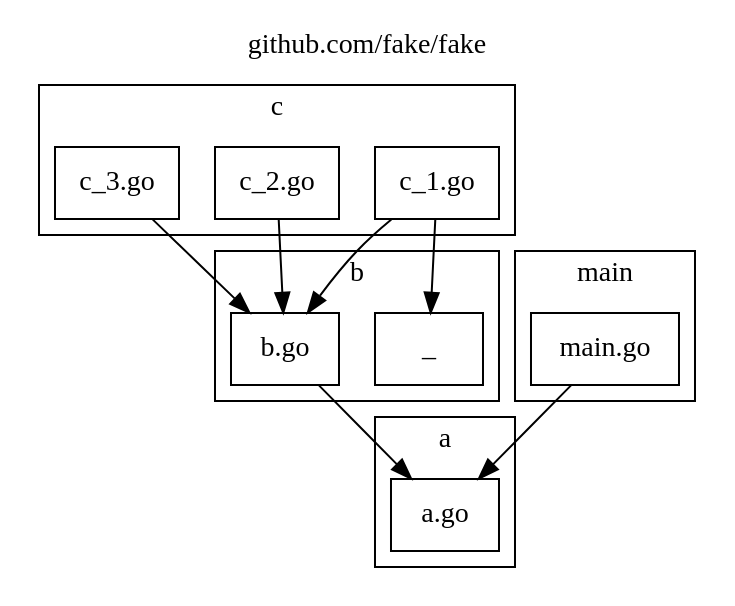
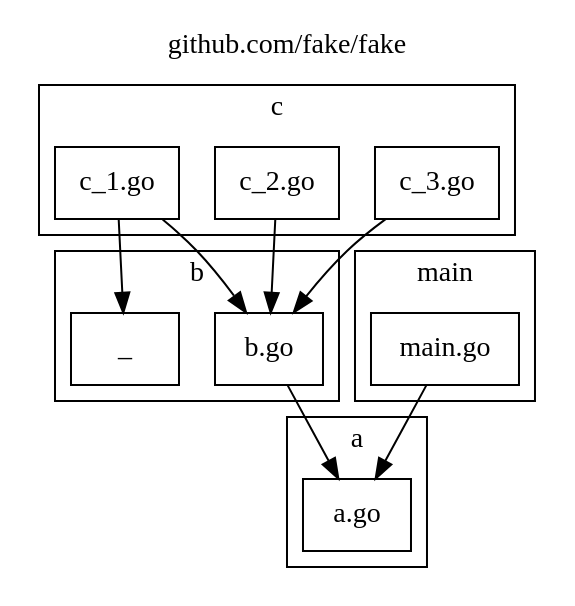
One commit to samlitowitz/godepvis changed the diagram in assets/examples/no-circular-dependencies-with-blank-identifier/file.dot. Above: the diagram before and after it, drawn with Graphviz. The commit also changed 27 other files, not shown here.

```diff
--- a/assets/examples/no-circular-dependencies-with-blank-identifier/file.dot
+++ b/assets/examples/no-circular-dependencies-with-blank-identifier/file.dot
@@ -1,52 +1,52 @@
 digraph {
 	labelloc="t";
 	label="github.com/fake/fake";
 	rankdir="TB";
 	node [shape="rect"];
 
 	subgraph "cluster_pkg_a" {
 		label="a";
 		style="filled";
 		fontcolor="#000000";
 		fillcolor="#ffffff";
 
 		"pkg_a_file_a" [label="a.go", style="filled", fontcolor="#000000", fillcolor="#ffffff"];
 	};
 
 	subgraph "cluster_pkg_b" {
 		label="b";
 		style="filled";
 		fontcolor="#000000";
 		fillcolor="#ffffff";
 
+		"pkg_b_file_b" [label="b.go", style="filled", fontcolor="#000000", fillcolor="#ffffff"];
 		"pkg_b_file__" [label="_", style="filled", fontcolor="#000000", fillcolor="#ffffff"];
-		"pkg_b_file_b" [label="b.go", style="filled", fontcolor="#000000", fillcolor="#ffffff"];
 	};
 
 	subgraph "cluster_pkg_c" {
 		label="c";
 		style="filled";
 		fontcolor="#000000";
 		fillcolor="#ffffff";
 
+		"pkg_c_file_c_1" [label="c_1.go", style="filled", fontcolor="#000000", fillcolor="#ffffff"];
 		"pkg_c_file_c_2" [label="c_2.go", style="filled", fontcolor="#000000", fillcolor="#ffffff"];
 		"pkg_c_file_c_3" [label="c_3.go", style="filled", fontcolor="#000000", fillcolor="#ffffff"];
-		"pkg_c_file_c_1" [label="c_1.go", style="filled", fontcolor="#000000", fillcolor="#ffffff"];
 	};
 
 	subgraph "cluster_pkg_main" {
 		label="main";
 		style="filled";
 		fontcolor="#000000";
 		fillcolor="#ffffff";
 
 		"pkg_main_file_main" [label="main.go", style="filled", fontcolor="#000000", fillcolor="#ffffff"];
 	};
 
-	"pkg_b_file_b" -> "pkg_a_file_a" [color="#000000"];
-	"pkg_c_file_c_1" -> "pkg_b_file_b" [color="#000000"];
-	"pkg_c_file_c_1" -> "pkg_b_file__" [color="#000000"];
-	"pkg_c_file_c_2" -> "pkg_b_file_b" [color="#000000"];
-	"pkg_c_file_c_3" -> "pkg_b_file_b" [color="#000000"];
-	"pkg_main_file_main" -> "pkg_a_file_a" [color="#000000"];
+		"pkg_b_file_b" -> "pkg_a_file_a" [color="#000000"];
+		"pkg_c_file_c_3" -> "pkg_b_file_b" [color="#000000"];
+		"pkg_c_file_c_1" -> "pkg_b_file__" [color="#000000"];
+		"pkg_c_file_c_1" -> "pkg_b_file_b" [color="#000000"];
+		"pkg_c_file_c_2" -> "pkg_b_file_b" [color="#000000"];
+		"pkg_main_file_main" -> "pkg_a_file_a" [color="#000000"];
 }
```
